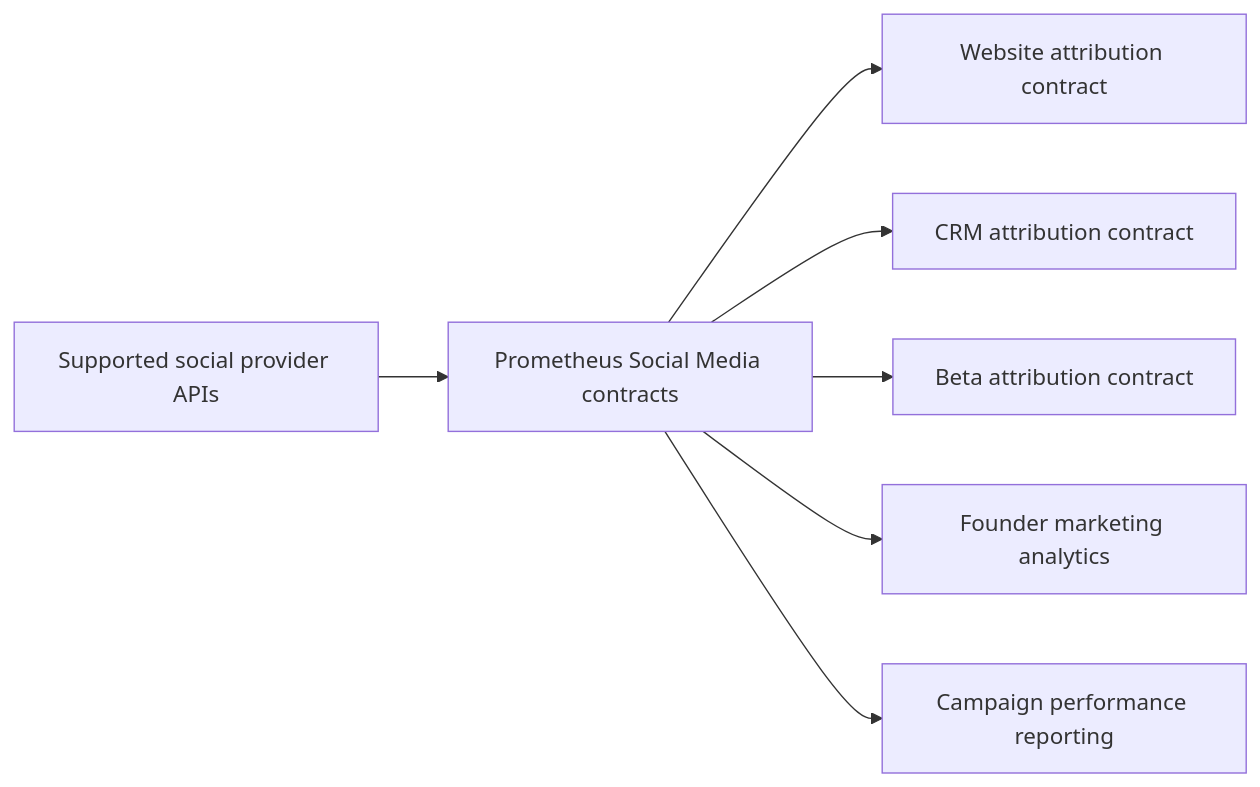
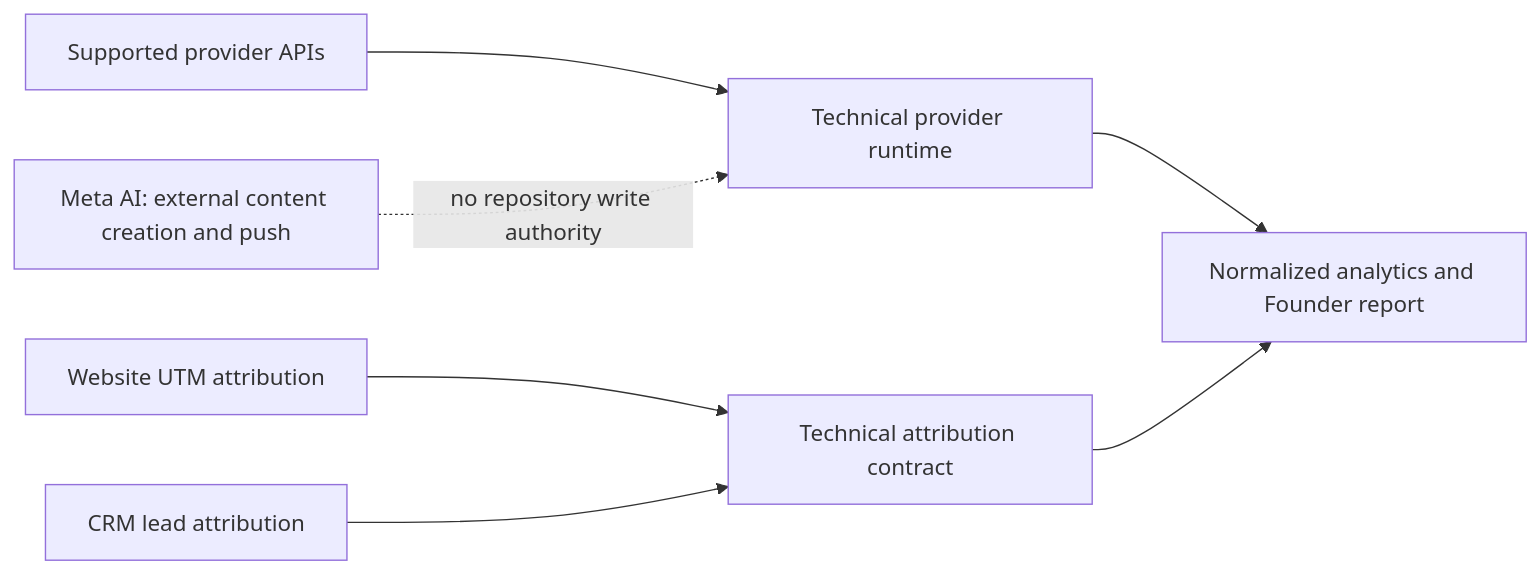
Before and after one commit to recruiting-gains/prometheus-iq: the diagram in social-media/docs/social-media-marketing-analytics-architecture-v1.md, drawn with Mermaid. The commit also changed other lines of this file and 44 other files, not shown here.

````diff
--- a/social-media/docs/social-media-marketing-analytics-architecture-v1.md
+++ b/social-media/docs/social-media-marketing-analytics-architecture-v1.md
@@ -29,9 +15,9 @@
 ```mermaid
 flowchart LR
-  Provider["Supported social provider APIs"] --> Social["Prometheus Social Media contracts"]
-  Social --> Website["Website attribution contract"]
-  Social --> CRM["CRM attribution contract"]
-  Social --> Beta["Beta attribution contract"]
-  Social --> Founder["Founder marketing analytics"]
-  Social --> Growth["Campaign performance reporting"]
+  Provider["Supported provider APIs"] --> Runtime["Technical provider runtime"]
+  Runtime --> Report["Normalized analytics and Founder report"]
+  Website["Website UTM attribution"] --> Attribution["Technical attribution contract"]
+  CRM["CRM lead attribution"] --> Attribution
+  Attribution --> Report
+  MetaAI["Meta AI: external content creation and push"] -. no repository write authority .-> Runtime
 ```
````
